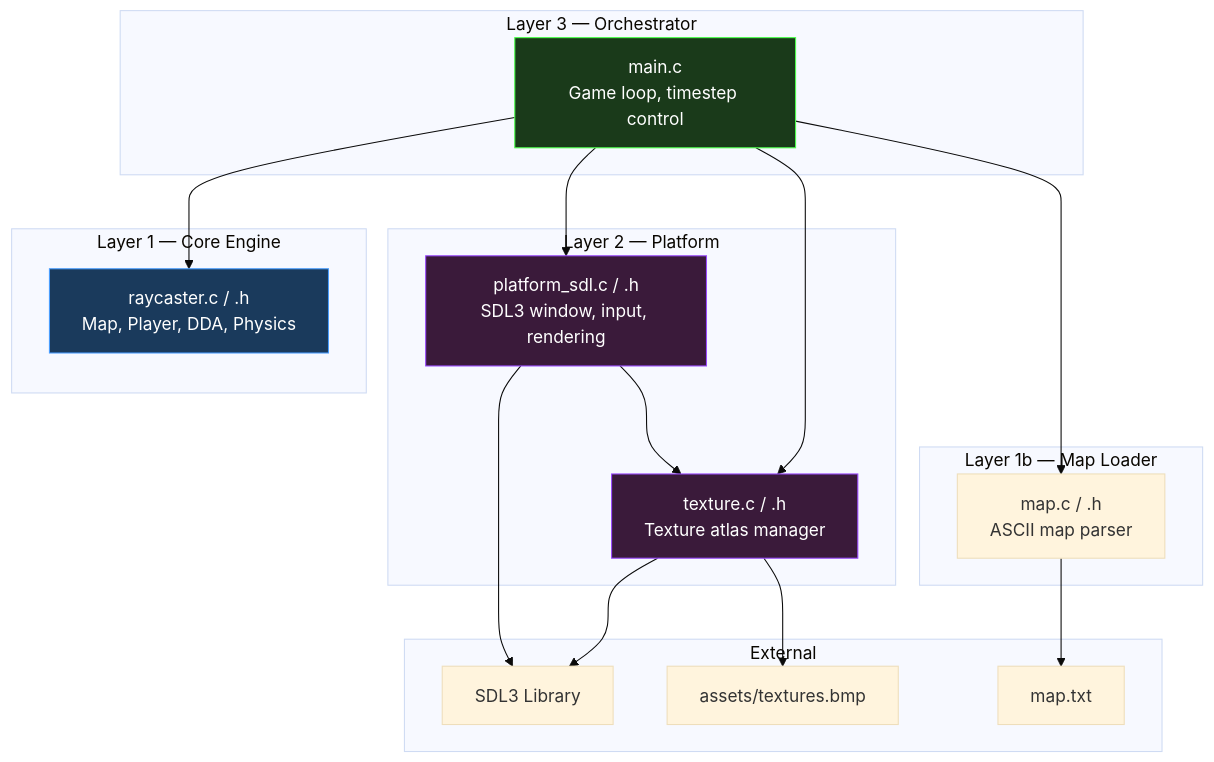
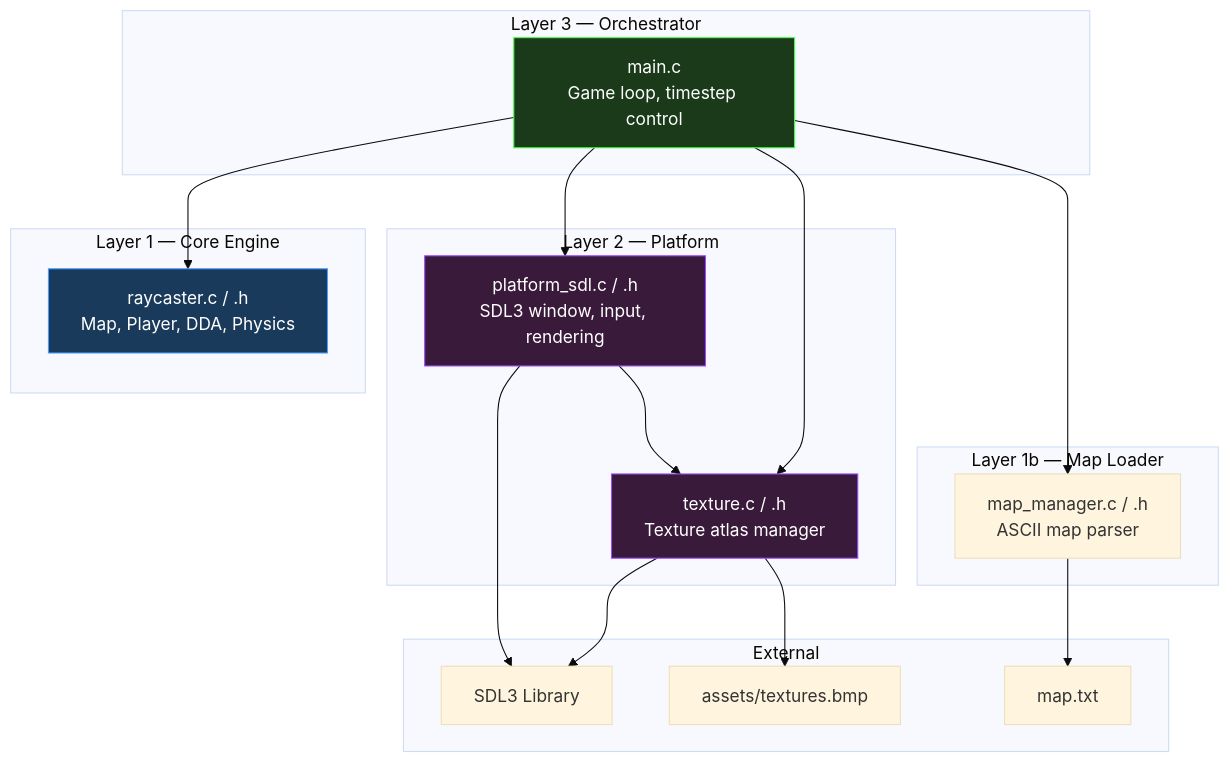
The first of 5 diagrams in docs/ARCHITECTURE.md (seanhodges/simple-3d-raycaster-game), drawn with Mermaid (base theme) before and after one commit. The commit also changed other lines of this file and 11 other files, not shown here.

````diff
--- a/docs/ARCHITECTURE.md
+++ b/docs/ARCHITECTURE.md
@@ -25,40 +25,40 @@
 ```mermaid
 graph TB
     subgraph "Layer 3 — Orchestrator"
         MAIN["main.c<br/>Game loop, timestep control"]
     end
 
     subgraph "Layer 1 — Core Engine"
         RC["raycaster.c / .h<br/>Map, Player, DDA, Physics"]
     end
 
     subgraph "Layer 2 — Platform"
         PLAT["platform_sdl.c / .h<br/>SDL3 window, input, rendering"]
         TEX["texture.c / .h<br/>Texture atlas manager"]
     end
 
     subgraph "External"
         SDL3["SDL3 Library"]
         MAP["map.txt"]
         BMP["assets/textures.bmp"]
     end
 
     MAIN --> RC
     MAIN --> PLAT
     MAIN --> TEX
     PLAT --> SDL3
     PLAT --> TEX
     TEX --> SDL3
     TEX --> BMP
     subgraph "Layer 1b — Map Loader"
-        MAPMOD["map.c / .h<br/>ASCII map parser"]
+        MAPMOD["map_manager.c / .h<br/>ASCII map parser"]
     end
 
     MAIN --> MAPMOD
     MAPMOD --> MAP
 
     style RC fill:#1a3a5c,stroke:#4a9eff,color:#fff
     style PLAT fill:#3a1a3a,stroke:#9a4aff,color:#fff
     style TEX fill:#3a1a3a,stroke:#9a4aff,color:#fff
     style MAIN fill:#1a3a1a,stroke:#4aff4a,color:#fff
 ```
````
